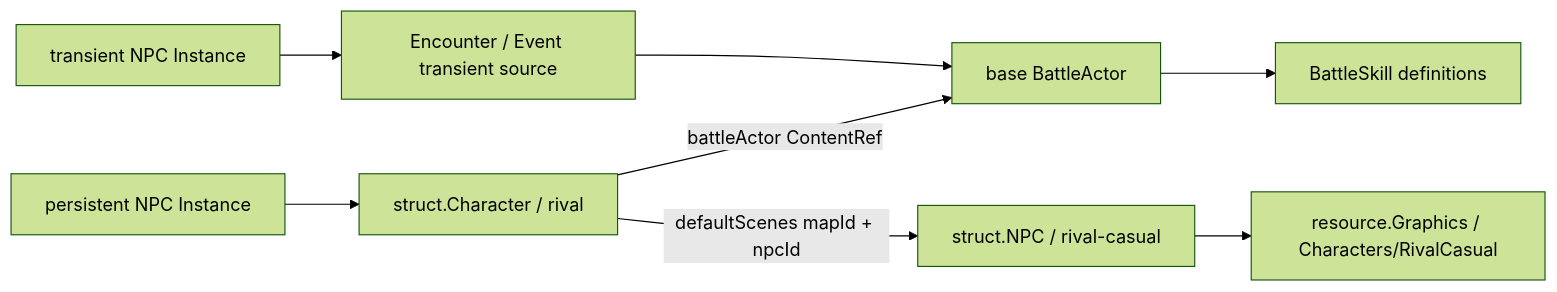
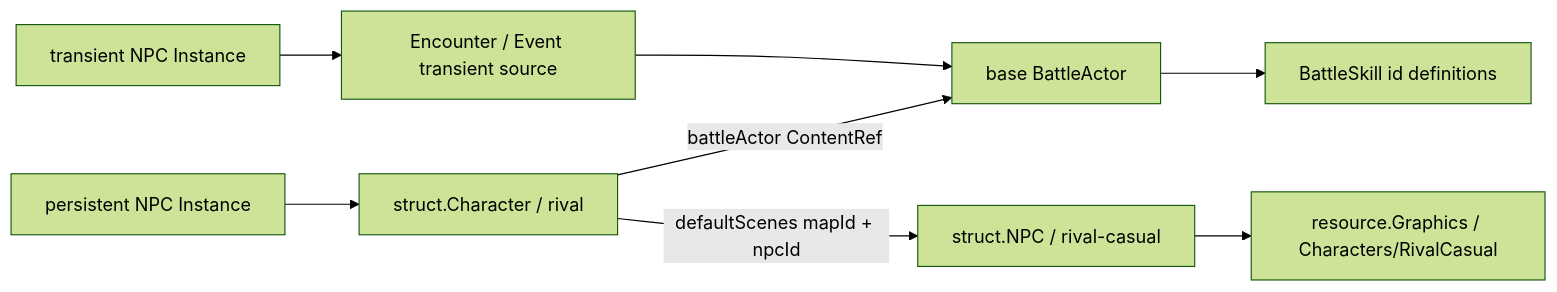
The third of 11 diagrams in examples/PokeMan/doc/65-data-model-diagram.md (lithdoo/loom-realm), drawn with Mermaid (forest theme) before and after one commit. The commit also changed other lines of this file, not shown here.

Commit message:
docs(PokeMan): sync data model diagram

````diff
--- a/examples/PokeMan/doc/65-data-model-diagram.md
+++ b/examples/PokeMan/doc/65-data-model-diagram.md
@@ -102,12 +102,12 @@
 ```mermaid
 flowchart LR
   Character["struct.Character / rival"] -->|battleActor ContentRef| BaseActor["base BattleActor"]
   Character -->|defaultScenes mapId + npcId| NPCDef["struct.NPC / rival-casual"]
   NPCDef --> Sprite["resource.Graphics / Characters/RivalCasual"]
 
   PersistentInstance["persistent NPC Instance"] --> Character
   TransientSource["Encounter / Event transient source"] --> BaseActor
   TransientInstance["transient NPC Instance"] --> TransientSource
 
-  BaseActor --> Skills["BattleSkill definitions"]
+  BaseActor --> Skills["BattleSkill id definitions"]
 ```
````
